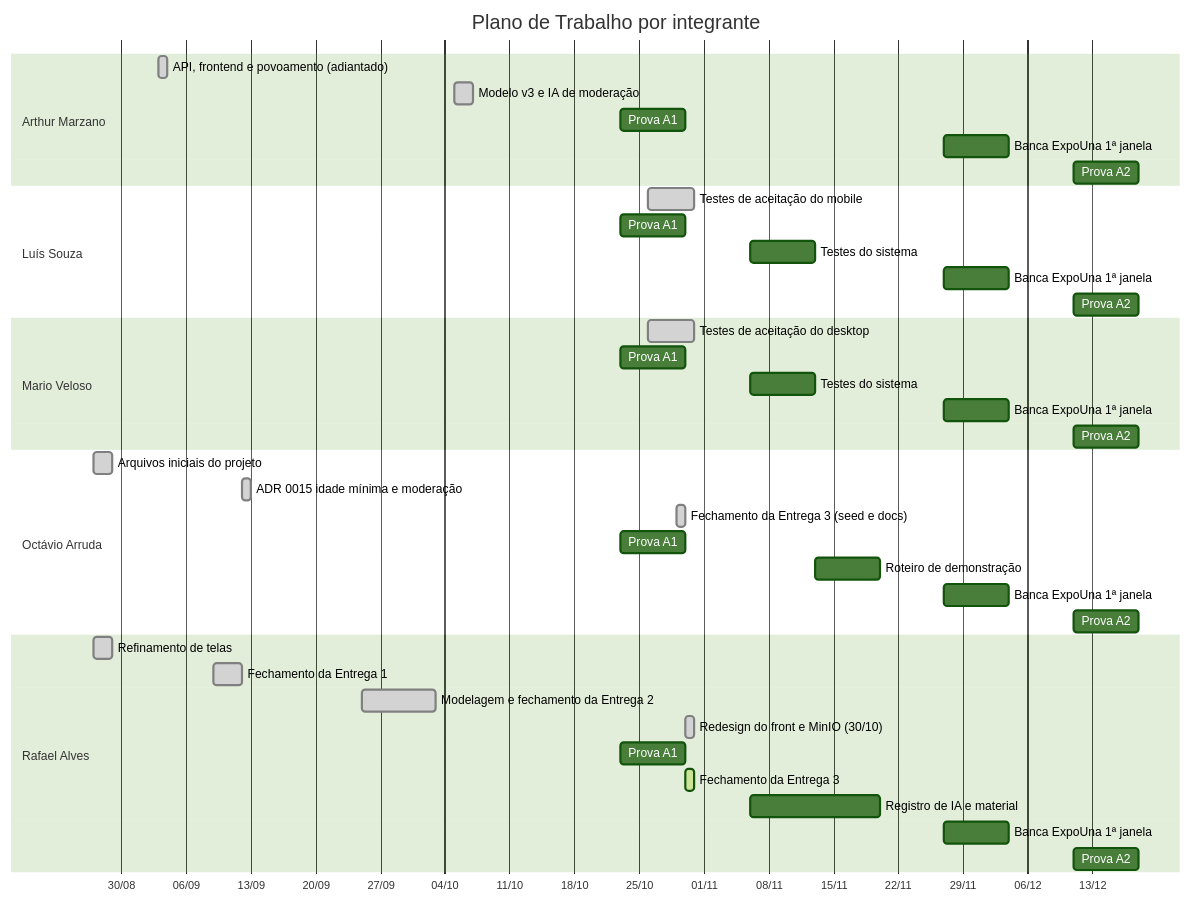
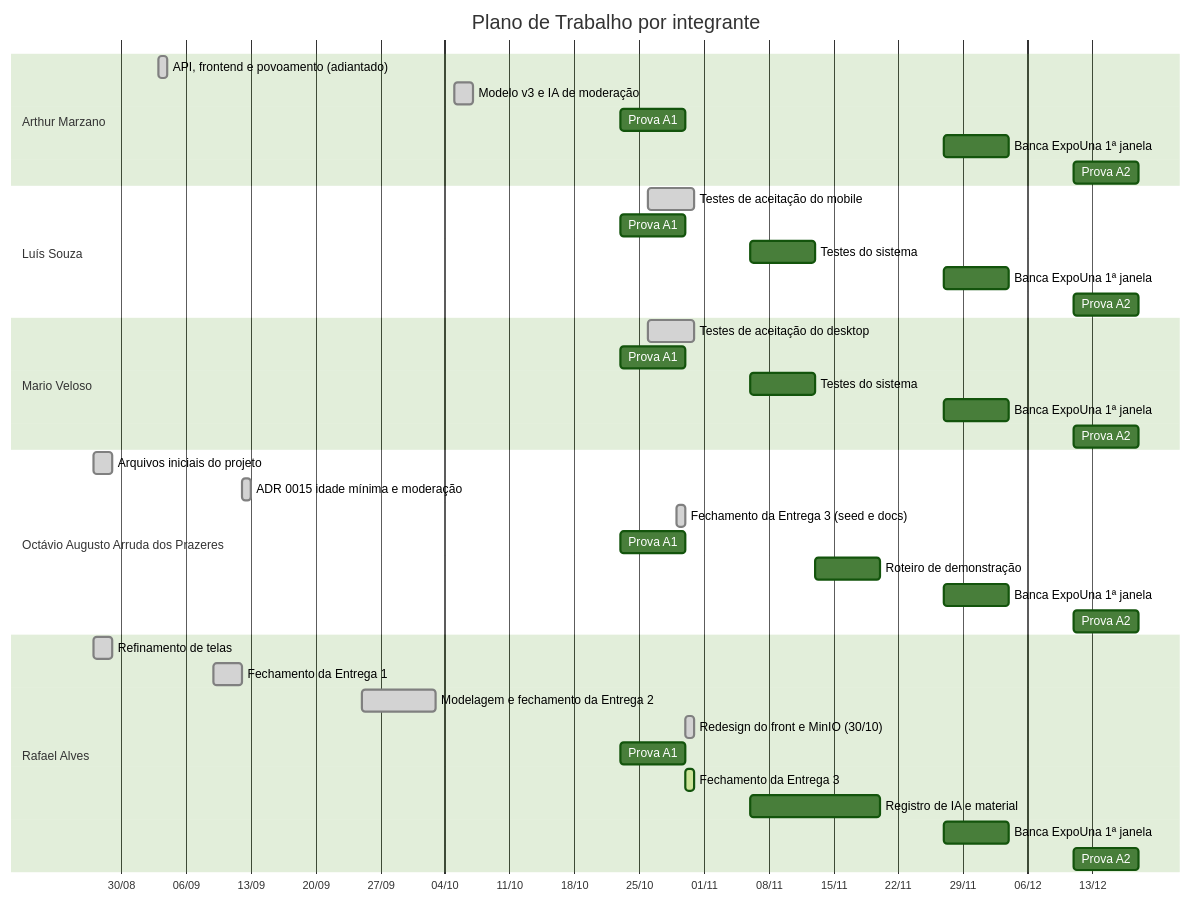
The diagram in docs/00-introducao/07-plano-de-trabalho.md (SecreTavin/A3-banco-de-dados), drawn with Mermaid (forest theme) before and after one commit. The commit also changed other lines of this file and 42 other files, not shown here.

````diff
--- a/docs/00-introducao/07-plano-de-trabalho.md
+++ b/docs/00-introducao/07-plano-de-trabalho.md
@@ -92,48 +92,48 @@
 ```mermaid
 gantt
     title Plano de Trabalho por integrante
     dateFormat YYYY-MM-DD
     axisFormat %d/%m
     todayMarker off
 
     section Arthur Marzano
     API, frontend e povoamento (adiantado)  :done, ar1, 2026-09-03, 1d
     Modelo v3 e IA de moderação             :done, ar2, 2026-10-05, 2d
     Prova A1                                :ar3, 2026-10-23, 7d
     Banca ExpoUna 1ª janela                 :ar4, 2026-11-27, 7d
     Prova A2                                :ar5, 2026-12-11, 7d
 
     section Luís Souza
     Testes de aceitação do mobile           :done, lu0, 2026-10-26, 5d
     Prova A1                                :lu1, 2026-10-23, 7d
     Testes do sistema                       :lu2, 2026-11-06, 7d
     Banca ExpoUna 1ª janela                 :lu3, 2026-11-27, 7d
     Prova A2                                :lu4, 2026-12-11, 7d
 
     section Mario Veloso
     Testes de aceitação do desktop          :done, ma0, 2026-10-26, 5d
     Prova A1                                :ma1, 2026-10-23, 7d
     Testes do sistema                       :ma2, 2026-11-06, 7d
     Banca ExpoUna 1ª janela                 :ma3, 2026-11-27, 7d
     Prova A2                                :ma4, 2026-12-11, 7d
 
-    section Octávio Arruda
+    section Octávio Augusto Arruda dos Prazeres
     Arquivos iniciais do projeto            :done, oc1, 2026-08-27, 2d
     ADR 0015 idade mínima e moderação       :done, oc2, 2026-09-12, 1d
     Fechamento da Entrega 3 (seed e docs)   :done, oc2b, 2026-10-29, 1d
     Prova A1                                :oc3, 2026-10-23, 7d
     Roteiro de demonstração                 :oc4, 2026-11-13, 7d
     Banca ExpoUna 1ª janela                 :oc5, 2026-11-27, 7d
     Prova A2                                :oc6, 2026-12-11, 7d
 
     section Rafael Alves
     Refinamento de telas                    :done, ra1, 2026-08-27, 2d
     Fechamento da Entrega 1                 :done, ra2, 2026-09-09, 3d
     Modelagem e fechamento da Entrega 2     :done, ra3, 2026-09-25, 8d
     Redesign do front e MinIO (30/10)       :done, ra4, 2026-10-30, 1d
     Prova A1                                :ra5, 2026-10-23, 7d
     Fechamento da Entrega 3                 :active, ra6, 2026-10-30, 1d
     Registro de IA e material               :ra7, 2026-11-06, 14d
     Banca ExpoUna 1ª janela                 :ra8, 2026-11-27, 7d
     Prova A2                                :ra9, 2026-12-11, 7d
 ```
````
